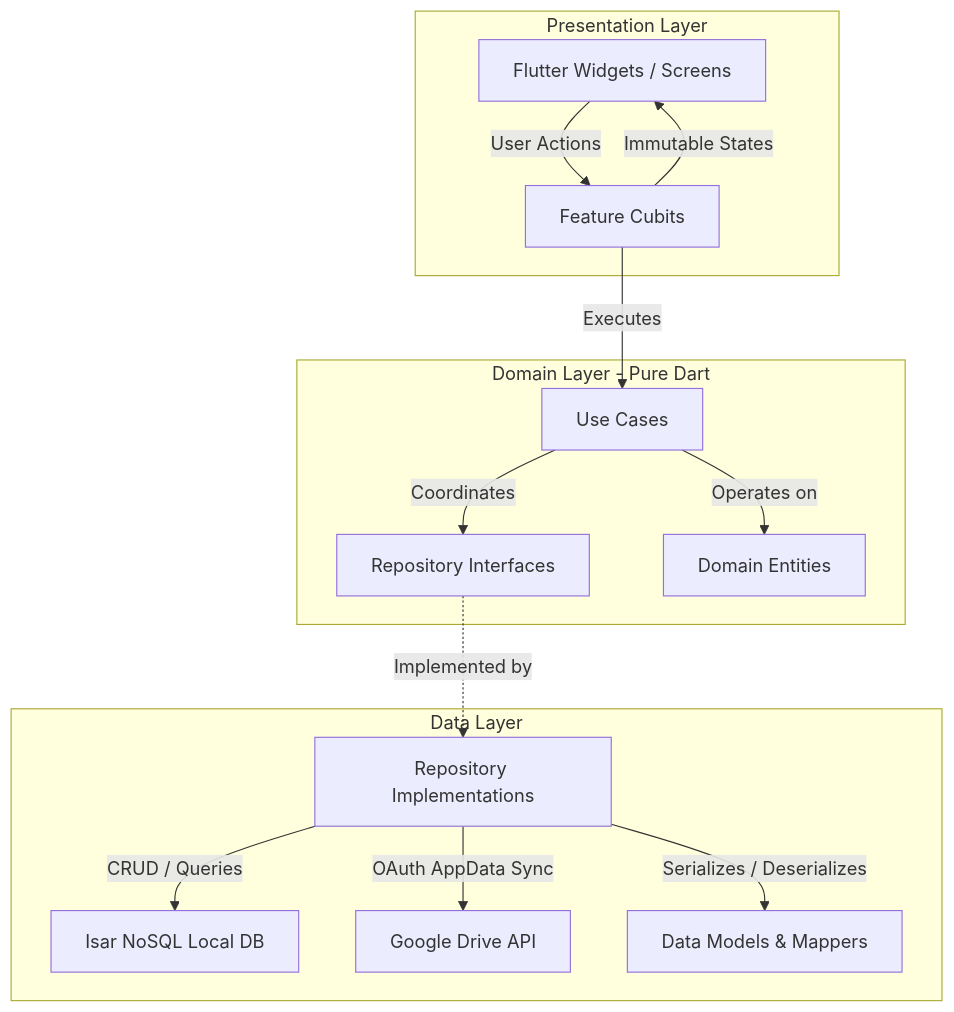
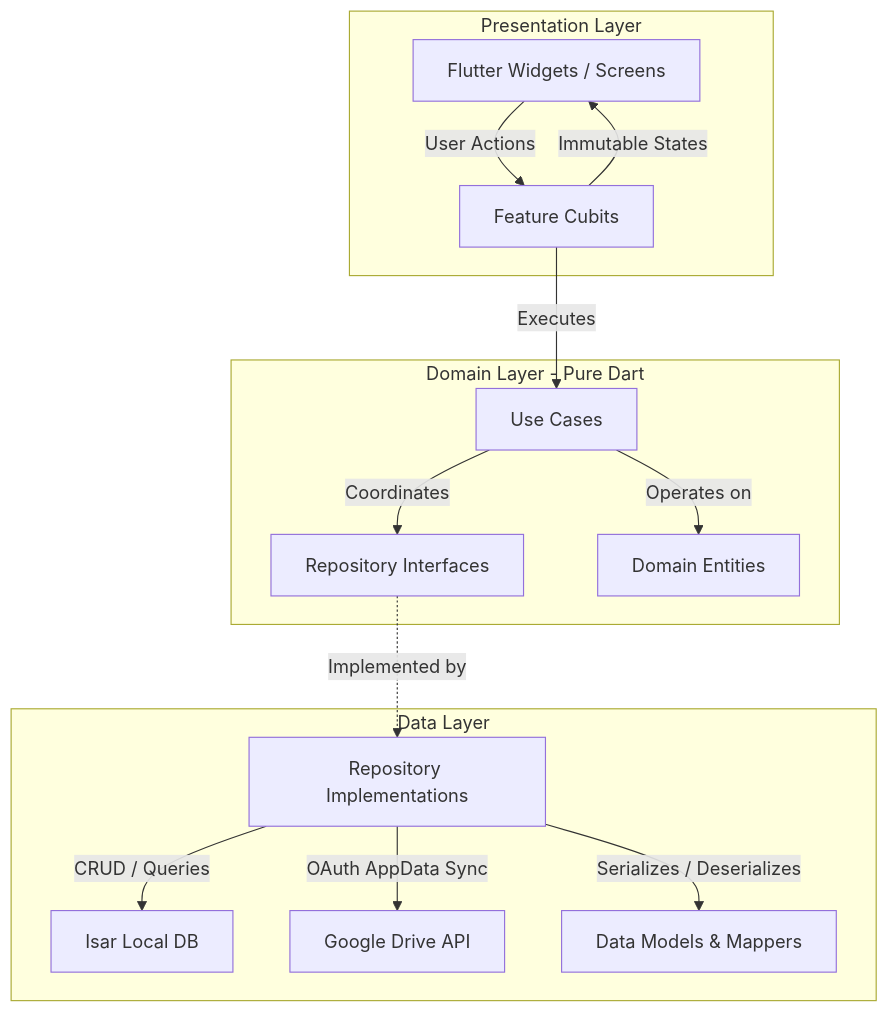
Before and after one commit to madeel931/invoiceflow-pro-showcase: the diagram in README.md, drawn with Mermaid. The commit also changed other lines of this file and 6 other files, not shown here.

````diff
--- a/README.md
+++ b/README.md
@@ -128,20 +128,20 @@
 ```mermaid
 graph TD
     subgraph Presentation Layer
         UI[Flutter Widgets / Screens] -->|User Actions| Cubit[Feature Cubits]
         Cubit -->|Immutable States| UI
     end
 
     subgraph Domain Layer - Pure Dart
         Cubit -->|Executes| UC[Use Cases]
         UC -->|Coordinates| REPO_INTERFACE[Repository Interfaces]
         UC -->|Operates on| ENTITIES[Domain Entities]
     end
 
     subgraph Data Layer
         REPO_INTERFACE -.->|Implemented by| REPO_IMPL[Repository Implementations]
-        REPO_IMPL -->|CRUD / Queries| ISAR[Isar NoSQL Local DB]
+        REPO_IMPL -->|CRUD / Queries| ISAR[Isar Local DB]
         REPO_IMPL -->|OAuth AppData Sync| DRIVE[Google Drive API]
         REPO_IMPL -->|Serializes / Deserializes| MAPPERS[Data Models & Mappers]
     end
 ```
````
